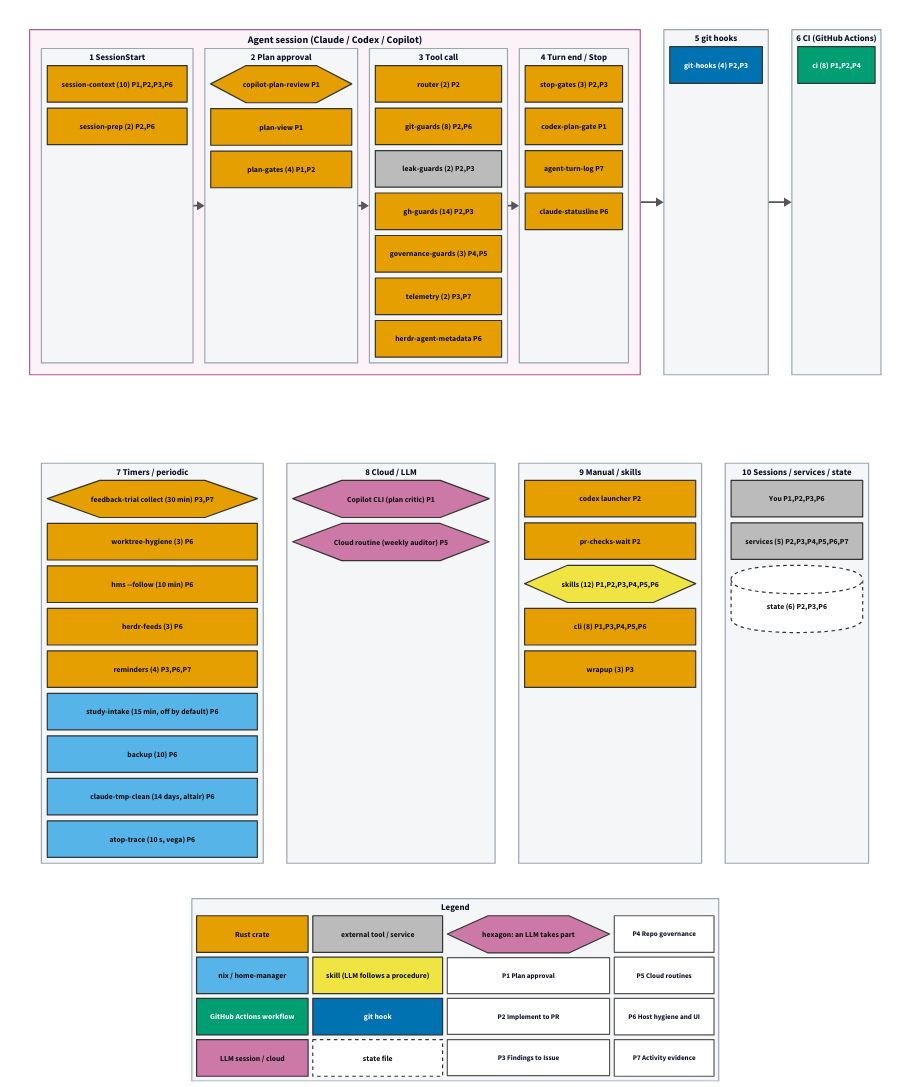
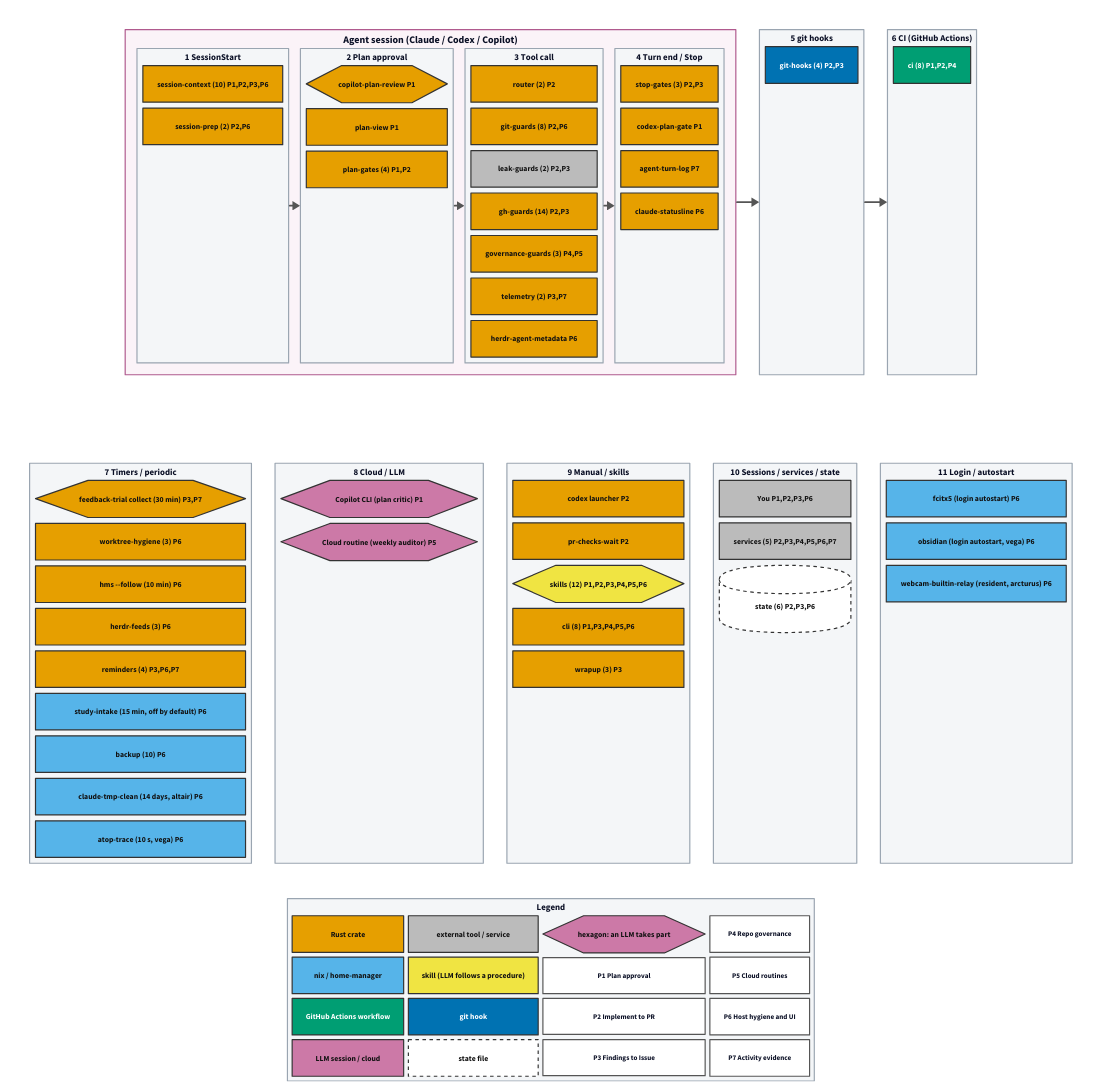
The diagram in docs/assets/pipeline-map/overview.d2 (tarotene/dotfiles), drawn with D2 before and after one commit. The commit also changed 11 other files, not shown here.

```diff
--- a/docs/assets/pipeline-map/overview.d2
+++ b/docs/assets/pipeline-map/overview.d2
@@ -264,7 +264,7 @@
 
 row2: "" {
   class: invisible
-  grid-columns: 4
+  grid-columns: 5
   grid-gap: 40
   l_timer: "7  Timers / periodic" {
     class: lane
@@ -346,6 +346,20 @@
     g_state: "state (6)  P2,P3,P6" {
       class: s_store
       shape: cylinder
+    }
+  }
+  l_login: "11  Login / autostart" {
+    class: lane
+    grid-columns: 1
+    grid-gap: 10
+    g_fcitx5_autostart: "fcitx5 (login autostart)  P6" {
+      class: s_nix
+    }
+    g_obsidian_autostart: "obsidian (login autostart, vega)  P6" {
+      class: s_nix
+    }
+    g_webcam_builtin_relay: "webcam-builtin-relay (resident, arcturus)  P6" {
+      class: s_nix
     }
   }
 }
```
